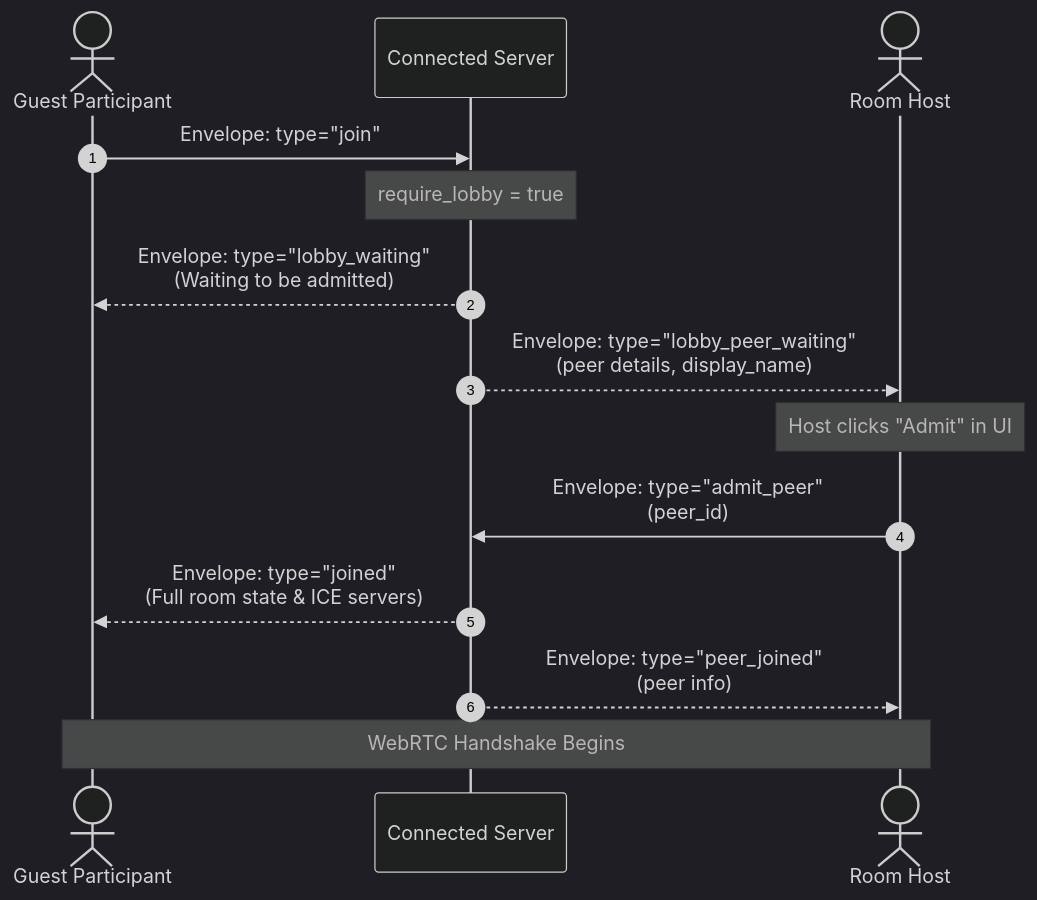
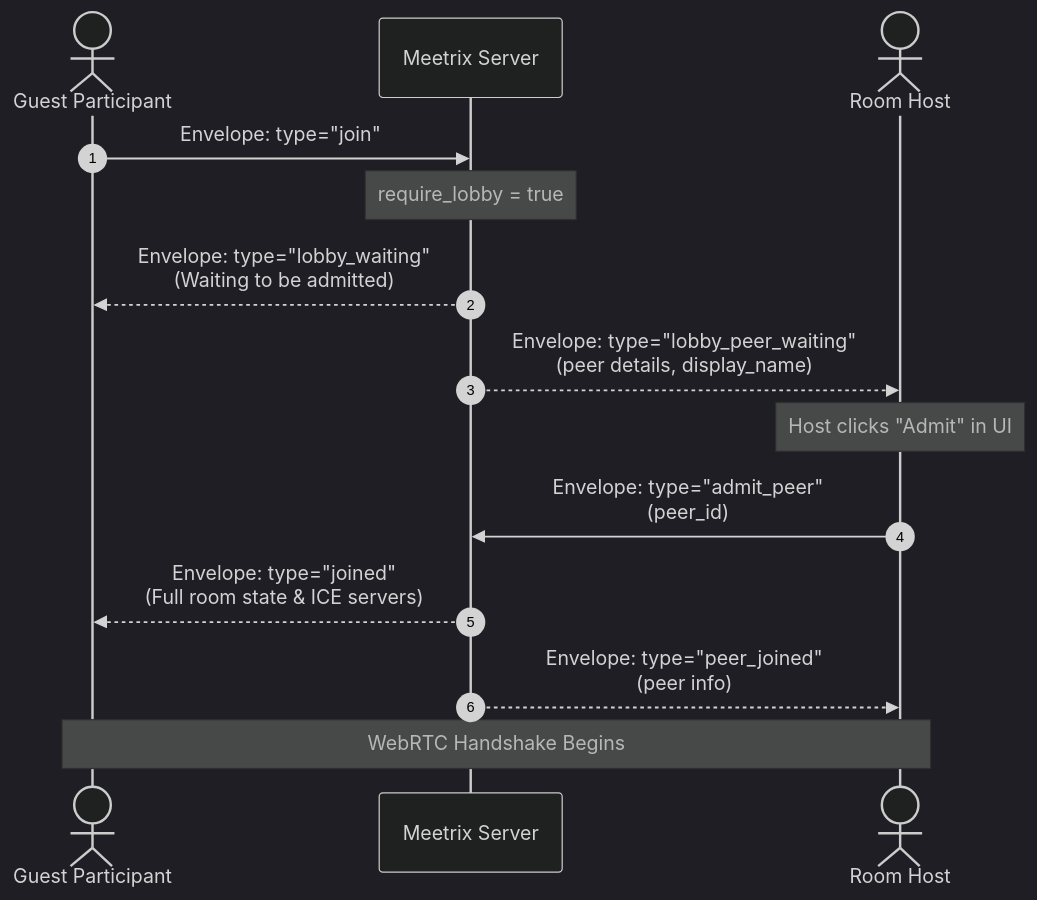
The second of 2 diagrams in docs/guide/permissions-moderation.md (IsmaCortGtz/meetrix), drawn with Mermaid (dark theme) before and after one commit. The commit also changed other lines of this file and 97 other files, not shown here.

````diff
--- a/docs/guide/permissions-moderation.md
+++ b/docs/guide/permissions-moderation.md
@@ -51,17 +51,17 @@
 ```mermaid
 sequenceDiagram
     autonumber
     actor KnockingUser as Guest Participant
-    participant Server as Connected Server
+    participant Server as Meetrix Server
     actor HostUser as Room Host
 
     KnockingUser->>Server: Envelope: type="join"
     Note over Server: require_lobby = true
     Server-->>KnockingUser: Envelope: type="lobby_waiting"<br/>(Waiting to be admitted)
     Server-->>HostUser: Envelope: type="lobby_peer_waiting"<br/>(peer details, display_name)
     Note over HostUser: Host clicks "Admit" in UI
     HostUser->>Server: Envelope: type="admit_peer"<br/>(peer_id)
     Server-->>KnockingUser: Envelope: type="joined"<br/>(Full room state & ICE servers)
     Server-->>HostUser: Envelope: type="peer_joined"<br/>(peer info)
     Note over KnockingUser,HostUser: WebRTC Handshake Begins
 ```
````
